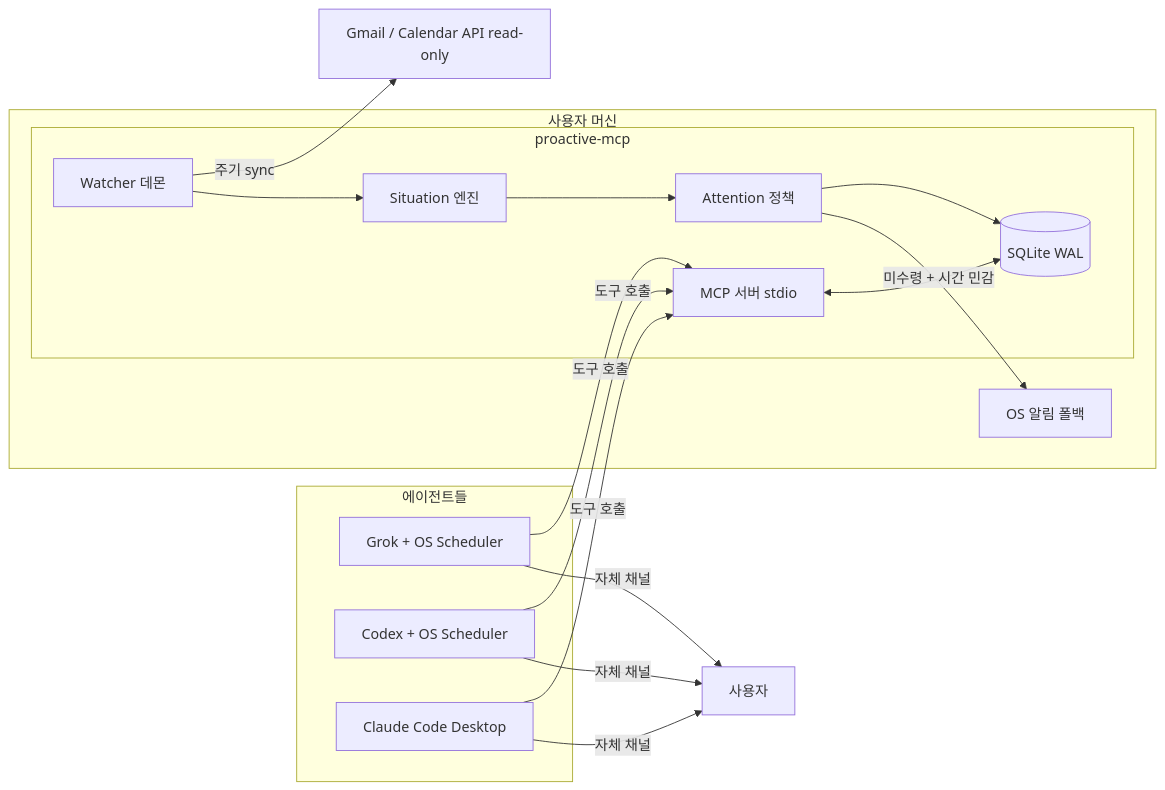
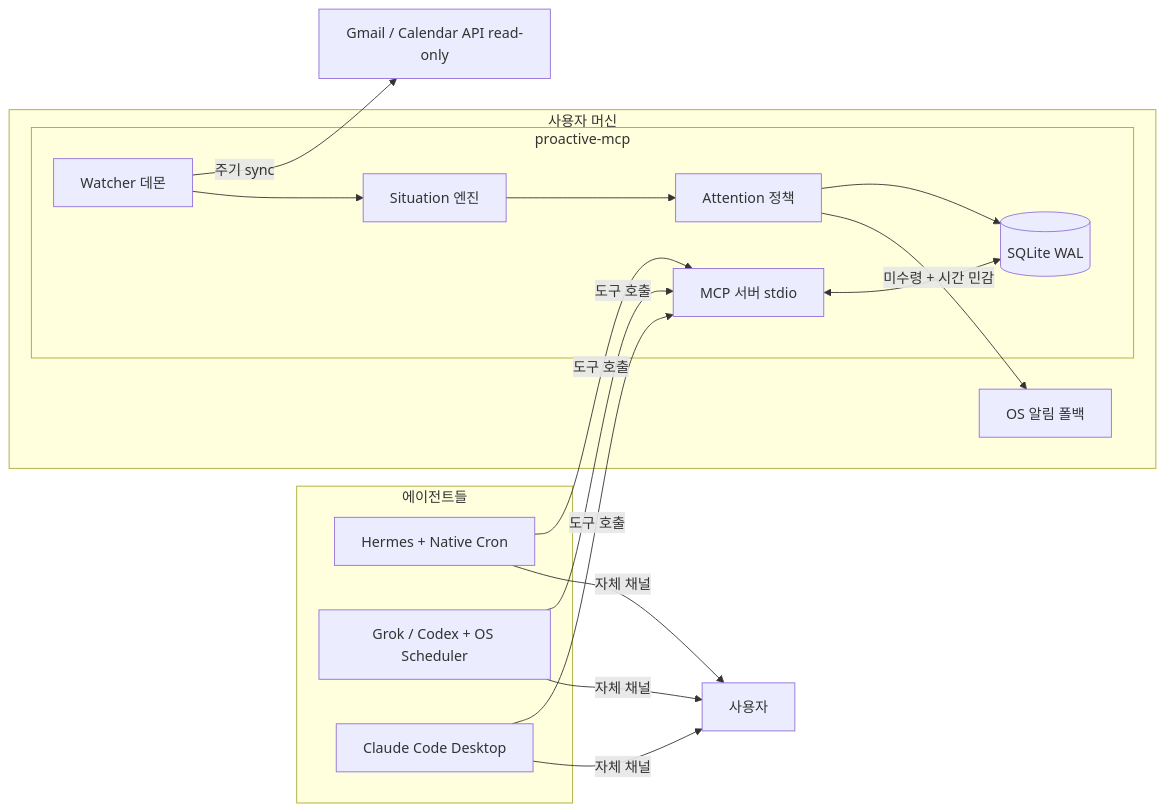
Before and after one commit to madrobotnet/proactive-mcp: the diagram in docs/PRODUCT_PLAN.md, drawn with Mermaid. The commit also changed other lines of this file and 53 other files, not shown here.

````diff
--- a/docs/PRODUCT_PLAN.md
+++ b/docs/PRODUCT_PLAN.md
@@ -62,25 +61,25 @@
 ```mermaid
 flowchart LR
     subgraph agents [에이전트들]
-        A1[Grok + OS Scheduler]
-        A2[Codex + OS Scheduler]
+        A1[Hermes + Native Cron]
+        A2[Grok / Codex + OS Scheduler]
         A3[Claude Code Desktop]
     end
     subgraph host [사용자 머신]
         subgraph pm [proactive-mcp]
             MCP[MCP 서버 stdio]
             D[Watcher 데몬]
             SE[Situation 엔진]
             AP[Attention 정책]
             DB[(SQLite WAL)]
         end
         T[OS 알림 폴백]
     end
     G[Gmail / Calendar API read-only]
     A1 & A2 & A3 -->|"도구 호출"| MCP
     MCP <--> DB
     D -->|"주기 sync"| G
     D --> SE --> AP --> DB
     AP -->|"미수령 + 시간 민감"| T
     A1 & A2 & A3 -->|"자체 채널"| U[사용자]
 ```
````
